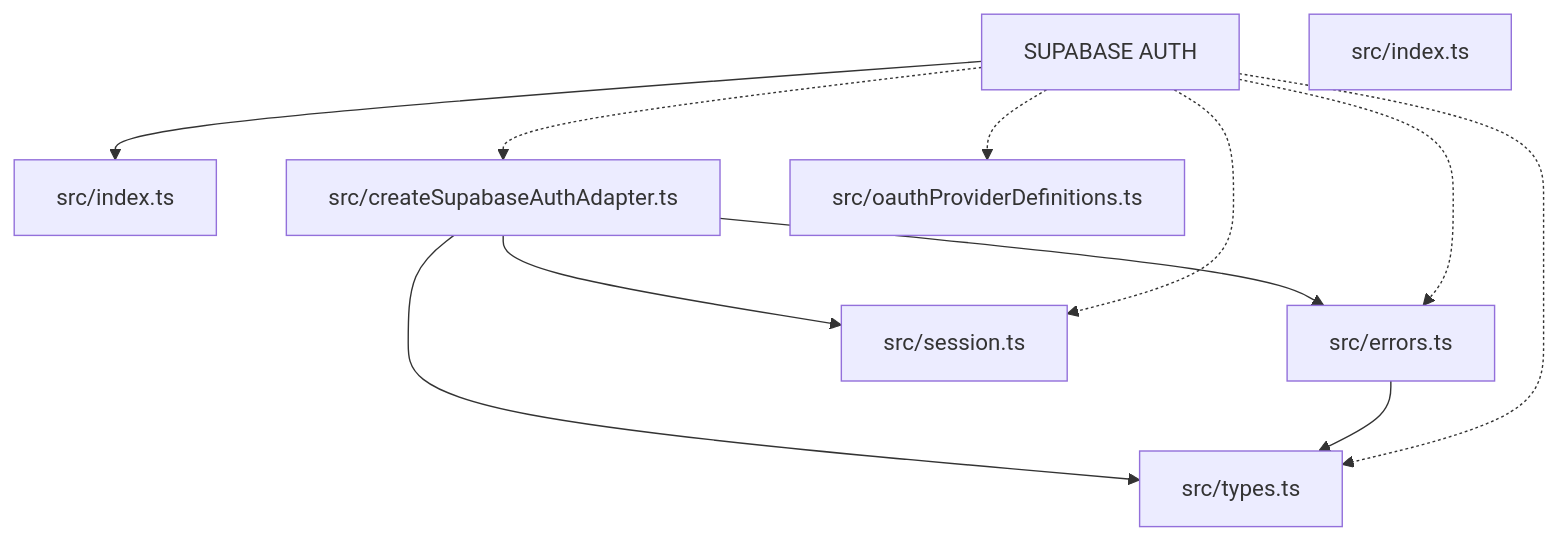
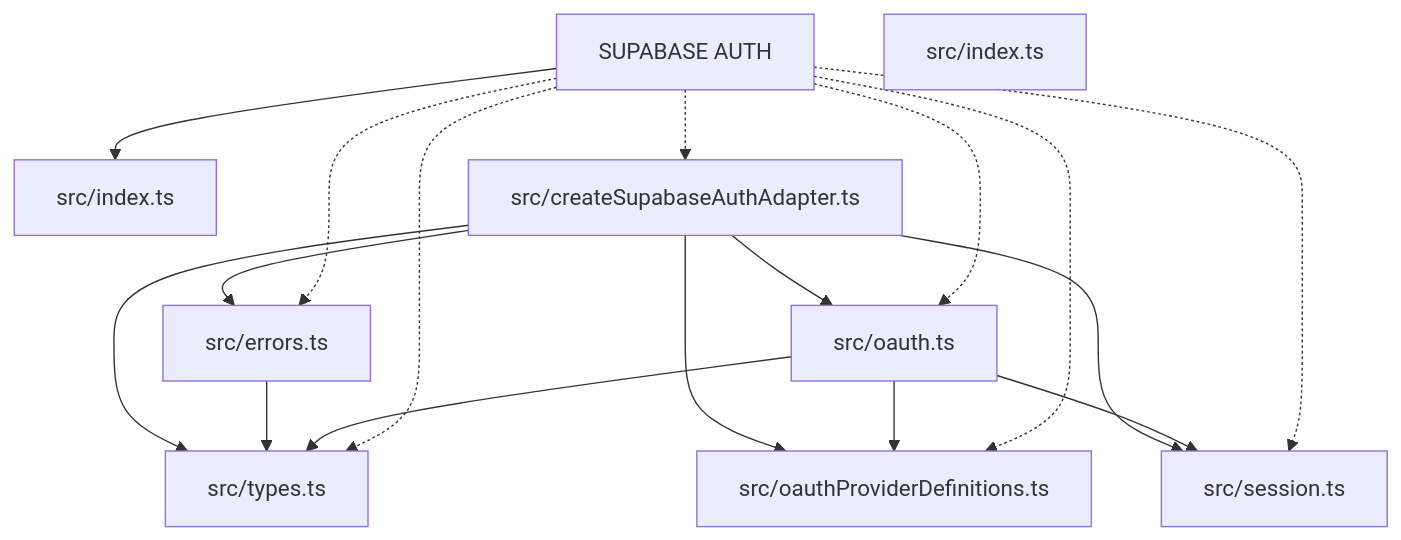
The diagram in paradox/diagrams/architecture-overview.mmd (ankhorage/supabase-auth), drawn with Mermaid before and after one commit. The commit also changed 10 other files, not shown here.

```diff
--- a/paradox/diagrams/architecture-overview.mmd
+++ b/paradox/diagrams/architecture-overview.mmd
@@ -1,19 +1,26 @@
 graph TD
   package__ankhorage_supabase_auth["SUPABASE AUTH"]
   entrypoint_src_index_ts["src/index.ts"]
   package__ankhorage_supabase_auth --> entrypoint_src_index_ts
   module_src_createSupabaseAuthAdapter_ts["src/createSupabaseAuthAdapter.ts"]
   package__ankhorage_supabase_auth -.-> module_src_createSupabaseAuthAdapter_ts
   module_src_createSupabaseAuthAdapter_ts --> module_src_errors_ts
+  module_src_createSupabaseAuthAdapter_ts --> module_src_oauth_ts
+  module_src_createSupabaseAuthAdapter_ts --> module_src_oauthProviderDefinitions_ts
   module_src_createSupabaseAuthAdapter_ts --> module_src_session_ts
   module_src_createSupabaseAuthAdapter_ts --> module_src_types_ts
   module_src_errors_ts["src/errors.ts"]
   package__ankhorage_supabase_auth -.-> module_src_errors_ts
   module_src_errors_ts --> module_src_types_ts
   module_src_index_ts["src/index.ts"]
+  module_src_oauth_ts["src/oauth.ts"]
+  package__ankhorage_supabase_auth -.-> module_src_oauth_ts
+  module_src_oauth_ts --> module_src_oauthProviderDefinitions_ts
+  module_src_oauth_ts --> module_src_session_ts
+  module_src_oauth_ts --> module_src_types_ts
   module_src_oauthProviderDefinitions_ts["src/oauthProviderDefinitions.ts"]
   package__ankhorage_supabase_auth -.-> module_src_oauthProviderDefinitions_ts
   module_src_session_ts["src/session.ts"]
   package__ankhorage_supabase_auth -.-> module_src_session_ts
   module_src_types_ts["src/types.ts"]
   package__ankhorage_supabase_auth -.-> module_src_types_ts
```
